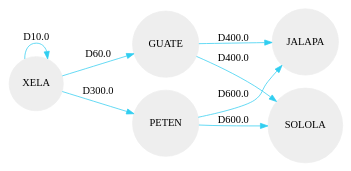
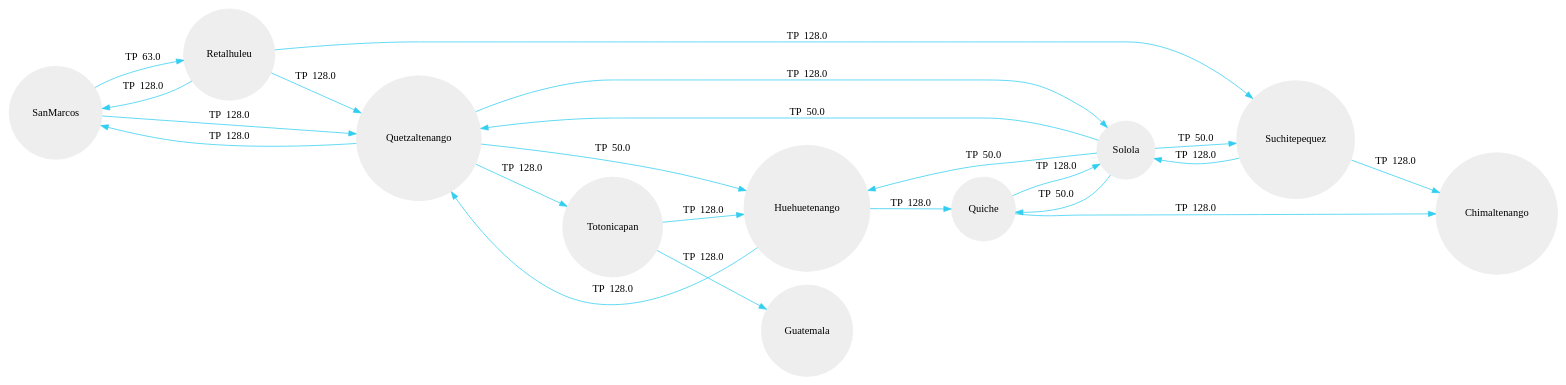
The diagram in EstructuraGrafo.dot (CELIAVARGAS/ED1), drawn with Graphviz before and after one commit. The commit also changed 50 other files, not shown here.

```diff
--- a/EstructuraGrafo.dot
+++ b/EstructuraGrafo.dot
@@ -1,17 +1,31 @@
 digraph G 
 {
  node [shape=circle];
  node [style=filled];
  node [fillcolor="#EEEEEE"];
  node [color="#EEEEEE"];
  edge [color="#31CEF0"];
-XELA->XELA[label= "D10.0 "];
-XELA->GUATE[label= "D60.0 "];
-XELA->PETEN[label= "D300.0 "];
-GUATE->JALAPA[label= "D400.0 "];
-GUATE->SOLOLA[label= "D400.0 "];
-PETEN->SOLOLA[label= "D600.0 "];
-PETEN->JALAPA[label= "D600.0 "];
+SanMarcos->Quetzaltenango[label="TP  128.0 "];
+SanMarcos->Retalhuleu[label="TP  63.0 "];
+Quetzaltenango->SanMarcos[label="TP  128.0 "];
+Quetzaltenango->Solola[label="TP  128.0 "];
+Quetzaltenango->Totonicapan[label="TP  128.0 "];
+Quetzaltenango->Huehuetenango[label="TP  50.0 "];
+Retalhuleu->SanMarcos[label="TP  128.0 "];
+Retalhuleu->Suchitepequez[label="TP  128.0 "];
+Retalhuleu->Quetzaltenango[label="TP  128.0 "];
+Solola->Huehuetenango[label="TP  50.0 "];
+Solola->Quiche[label="TP  50.0 "];
+Solola->Quetzaltenango[label="TP  50.0 "];
+Solola->Suchitepequez[label="TP  50.0 "];
+Totonicapan->Huehuetenango[label="TP  128.0 "];
+Totonicapan->Guatemala[label="TP  128.0 "];
+Huehuetenango->Quiche[label="TP  128.0 "];
+Huehuetenango->Quetzaltenango[label="TP  128.0 "];
+Quiche->Chimaltenango[label="TP  128.0 "];
+Quiche->Solola[label="TP  128.0 "];
+Suchitepequez->Solola[label="TP  128.0 "];
+Suchitepequez->Chimaltenango[label="TP  128.0 "];
  rankdir=LR;
 
 }
```
